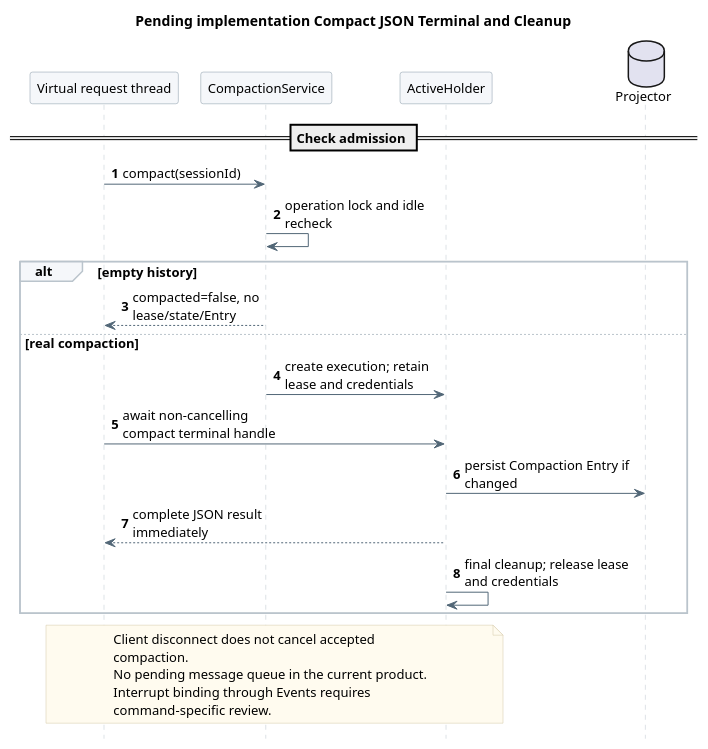
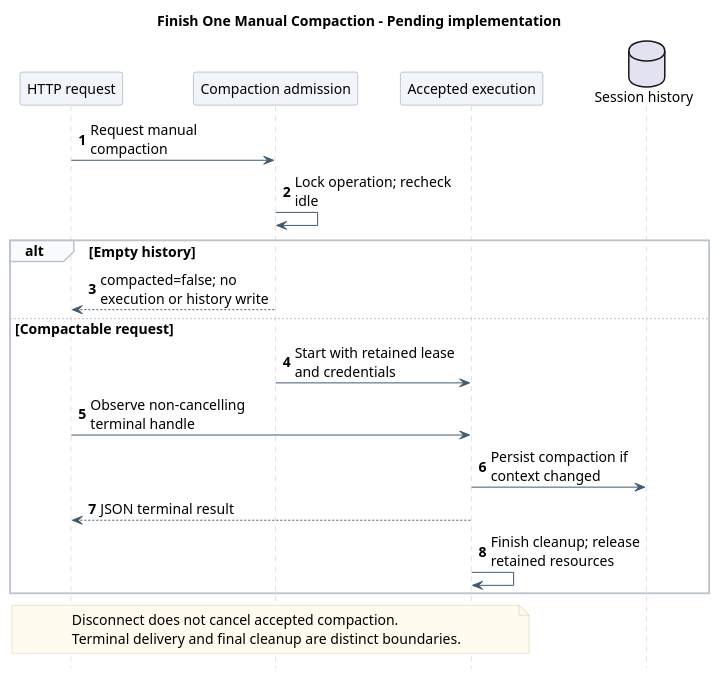
The third of 3 diagrams in 04-命令与技能/01-内置命令/设计图/diagram.puml (ssm0808/pi-mono-java-design), drawn with PlantUML before and after one commit. The commit also changed other lines of this file and 120 other files, not shown here.

Commit message:
docs(diagrams): 统一全仓职责级时序图表达与校验

```diff
--- a/04-命令与技能/01-内置命令/设计图/diagram.puml
+++ b/04-命令与技能/01-内置命令/设计图/diagram.puml
@@ -119,45 +110,43 @@
 @startuml compact_command_execution
+' Source evidence: pi-mono-java@d84dd3d6 modules/coding-agent-cli/src/main/java/com/campusclaw/codingagent/runtimeapi/event/RuntimeExecutionCoordinator.java.
+' Source evidence: pi-mono-java@d84dd3d6 modules/coding-agent-cli/src/main/java/com/campusclaw/codingagent/runtimeapi/runtime/RuntimeSessionHolder.java.
+' Architecture change: compact terminal Future is independent of Holder lifetime and request transport.
+' Presentation: one responsibility-level scenario; implementation details remain in the linked document.
 skinparam backgroundColor white
 skinparam defaultFontName SansSerif
-skinparam defaultFontSize 13
+skinparam defaultFontSize 14
 skinparam shadowing false
 skinparam sequenceMessageAlign left
-skinparam maxMessageSize 165
-skinparam sequenceArrowColor #526777
+skinparam maxMessageSize 180
+skinparam sequenceArrowColor #425B70
 skinparam sequenceLifeLineBorderColor #BAC4CC
-skinparam sequenceParticipantBackgroundColor #F5F7FA
+skinparam sequenceParticipantBackgroundColor #F1F5F9
 skinparam sequenceParticipantBorderColor #8496A4
-skinparam sequenceGroupBackgroundColor #F5F7FA
+skinparam sequenceGroupBackgroundColor #FAFBFC
 skinparam sequenceGroupBorderColor #BAC4CC
 skinparam noteBackgroundColor #FFFBEF
 skinparam noteBorderColor #D2C6A5
 hide footbox
 autonumber
-title Pending implementation Compact JSON Terminal and Cleanup
-' Source evidence: pi-mono-java@d84dd3d6 modules/coding-agent-cli/src/main/java/com/campusclaw/codingagent/runtimeapi/event/RuntimeExecutionCoordinator.java.
-' Source evidence: pi-mono-java@d84dd3d6 modules/coding-agent-cli/src/main/java/com/campusclaw/codingagent/runtimeapi/runtime/RuntimeSessionHolder.java.
-' Architecture change: compact terminal Future is independent of Holder lifetime and request transport.
-participant "Virtual request thread" as Http
-participant CompactionService as Service
-participant ActiveHolder as Holder
-database Projector
-== Check admission ==
-Http -> Service : compact(sessionId)
-Service -> Service : operation lock and idle recheck
-alt empty history
-  Service --> Http : compacted=false, no lease/state/Entry
-else real compaction
-  Service -> Holder : create execution; retain lease and credentials
-  Http -> Holder : await non-cancelling compact terminal handle
-  Holder -> Projector : persist Compaction Entry if changed
-  Holder --> Http : complete JSON result immediately
-  Holder -> Holder : final cleanup; release lease and credentials
+
+title Finish One Manual Compaction - Pending implementation
+participant "HTTP request" as Http
+participant "Compaction admission" as Service
+participant "Accepted execution" as Execution
+database "Session history" as History
+Http -> Service : Request manual compaction
+Service -> Service : Lock operation; recheck idle
+alt Empty history
+  Service --> Http : compacted=false; no execution or history write
+else Compactable request
+  Service -> Execution : Start with retained lease and credentials
+  Http -> Execution : Observe non-cancelling terminal handle
+  Execution -> History : Persist compaction if context changed
+  Execution --> Http : JSON terminal result
+  Execution -> Execution : Finish cleanup; release retained resources
 end
-note over Http,Holder
-  Client disconnect does not cancel accepted
-  compaction.
-  No pending message queue in the current product.
-  Interrupt binding through Events requires
-  command-specific review.
+note over Http,Execution
+  Disconnect does not cancel accepted compaction.
+  Terminal delivery and final cleanup are distinct boundaries.
 end note
 @enduml
```
